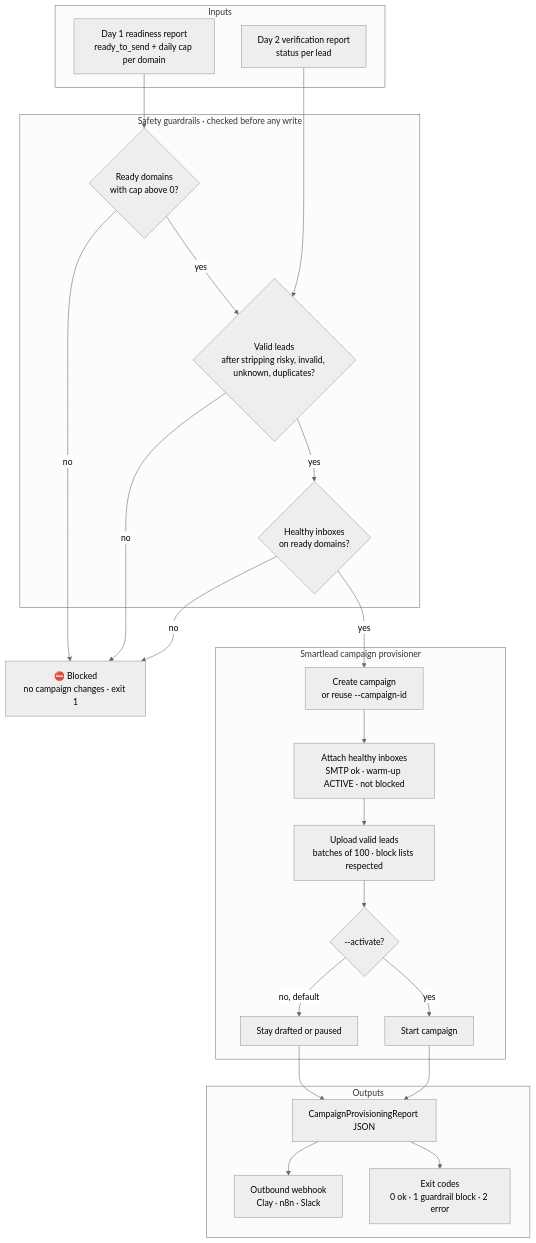
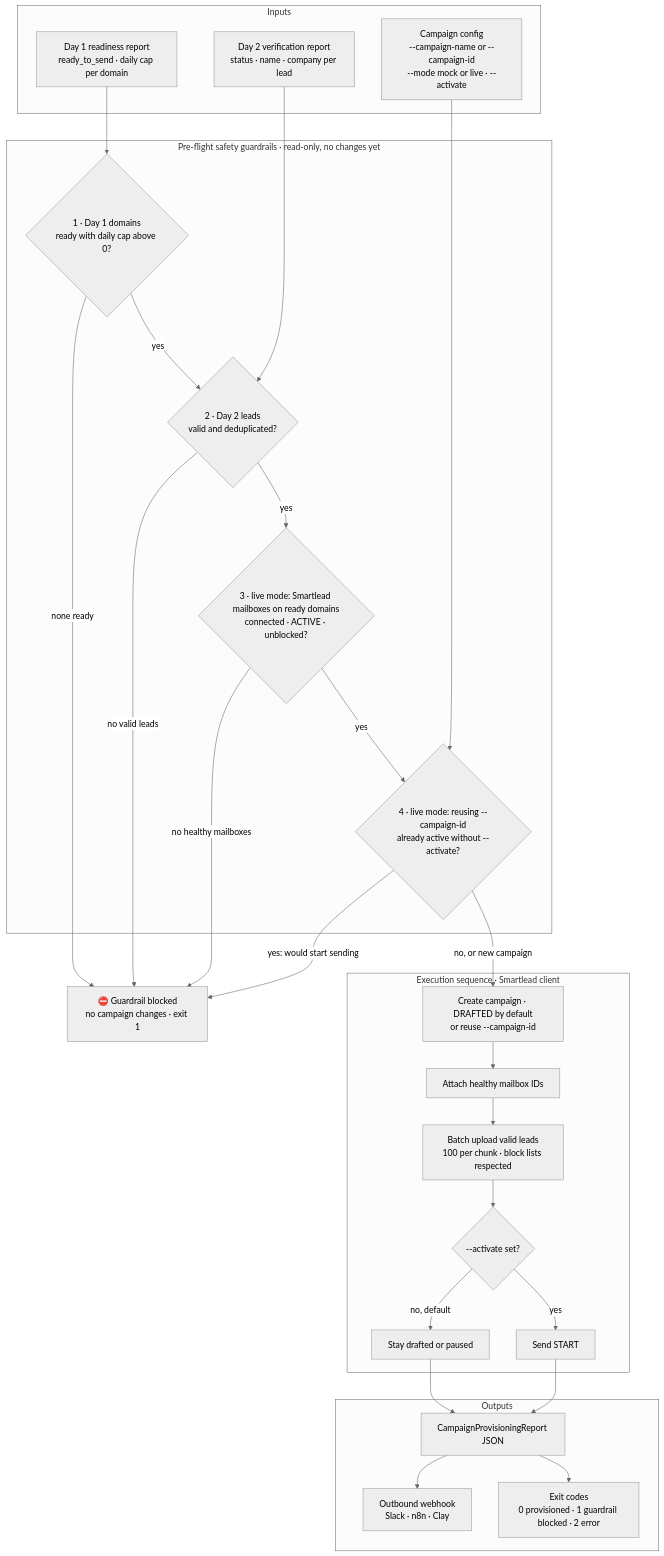
One commit to Brav00/Gtm-systems-engine changed the third of 3 diagrams in README.md. Above: the diagram before and after it, drawn with Mermaid (neutral theme).

Commit message:
Docs: detailed Day 3 campaign provisioning diagram
Claude-Session: https://claude.ai/code/session_01V298KdzCVCKxcY2KWHMDZb

````diff
--- a/README.md
+++ b/README.md
@@ -168,48 +168,53 @@
 ```mermaid
 flowchart TD
     subgraph INPUT["Inputs"]
-        D1["Day 1 readiness report<br/>ready_to_send + daily cap per domain"]
-        D2["Day 2 verification report<br/>status per lead"]
+        D1["Day 1 readiness report<br/>ready_to_send · daily cap per domain"]
+        D2["Day 2 verification report<br/>status · name · company per lead"]
+        CFG["Campaign config<br/>--campaign-name or --campaign-id<br/>--mode mock or live · --activate"]
     end
 
-    subgraph GUARD["Safety guardrails · checked before any write"]
-        G1{"Ready domains<br/>with cap above 0?"}
-        G2{"Valid leads<br/>after stripping risky, invalid, unknown, duplicates?"}
-        G3{"Healthy inboxes<br/>on ready domains?"}
+    subgraph GUARD["Pre-flight safety guardrails · read-only, no changes yet"]
+        G1{"1 · Day 1 domains<br/>ready with daily cap above 0?"}
+        G2{"2 · Day 2 leads<br/>valid and deduplicated?"}
+        G3{"3 · live mode: Smartlead mailboxes on ready domains<br/>connected · ACTIVE · unblocked?"}
+        G4{"4 · live mode: reusing --campaign-id<br/>already active without --activate?"}
     end
 
-    subgraph SL["Smartlead campaign provisioner"]
-        C1["Create campaign<br/>or reuse --campaign-id"]
-        C2["Attach healthy inboxes<br/>SMTP ok · warm-up ACTIVE · not blocked"]
-        C3["Upload valid leads<br/>batches of 100 · block lists respected"]
-        C4{"--activate?"}
+    subgraph EXEC["Execution sequence · Smartlead client"]
+        E1["Create campaign · DRAFTED by default<br/>or reuse --campaign-id"]
+        E2["Attach healthy mailbox IDs"]
+        E3["Batch upload valid leads<br/>100 per chunk · block lists respected"]
+        E4{"--activate set?"}
         DRAFT["Stay drafted or paused"]
-        START["Start campaign"]
+        START["Send START"]
     end
 
     subgraph OUT["Outputs"]
         REP["CampaignProvisioningReport JSON"]
-        HOOK["Outbound webhook<br/>Clay · n8n · Slack"]
-        EXIT["Exit codes<br/>0 ok · 1 guardrail block · 2 error"]
+        HOOK["Outbound webhook<br/>Slack · n8n · Clay"]
+        EXIT["Exit codes<br/>0 provisioned · 1 guardrail blocked · 2 error"]
     end
 
-    STOP["⛔ Blocked<br/>no campaign changes · exit 1"]
+    BLOCK["⛔ Guardrail blocked<br/>no campaign changes · exit 1"]
 
     D1 --> G1
     D2 --> G2
-    G1 -->|"no"| STOP
+    CFG --> G4
+    G1 -->|"none ready"| BLOCK
     G1 -->|"yes"| G2
-    G2 -->|"no"| STOP
+    G2 -->|"no valid leads"| BLOCK
     G2 -->|"yes"| G3
-    G3 -->|"no"| STOP
-    G3 -->|"yes"| C1
-    C1 --> C2
-    C2 --> C3
-    C3 --> C4
-    C4 -->|"no, default"| DRAFT
-    C4 -->|"yes"| START
+    G3 -->|"no healthy mailboxes"| BLOCK
+    G3 -->|"yes"| G4
+    G4 -->|"yes: would start sending"| BLOCK
+    G4 -->|"no, or new campaign"| E1
+    E1 --> E2
+    E2 --> E3
+    E3 --> E4
+    E4 -->|"no, default"| DRAFT
+    E4 -->|"yes"| START
     DRAFT --> REP
     START --> REP
     REP --> HOOK
     REP --> EXIT
 ```
````
